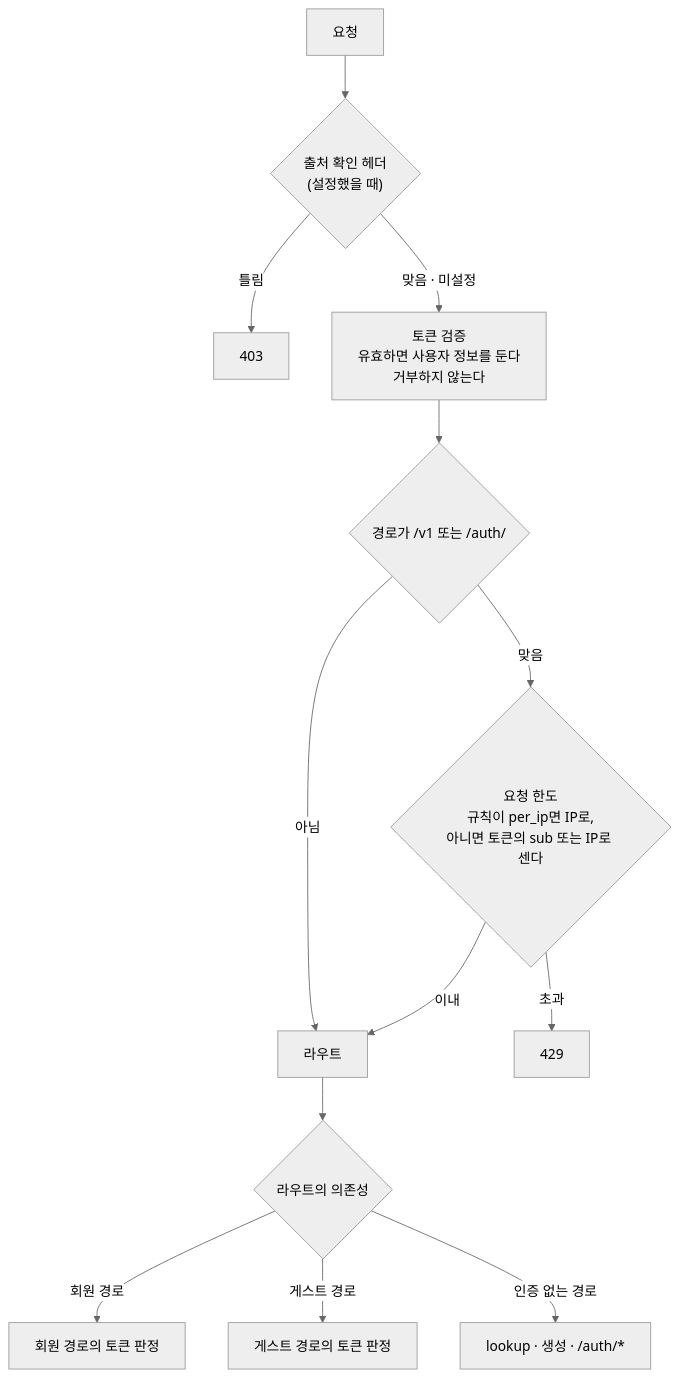
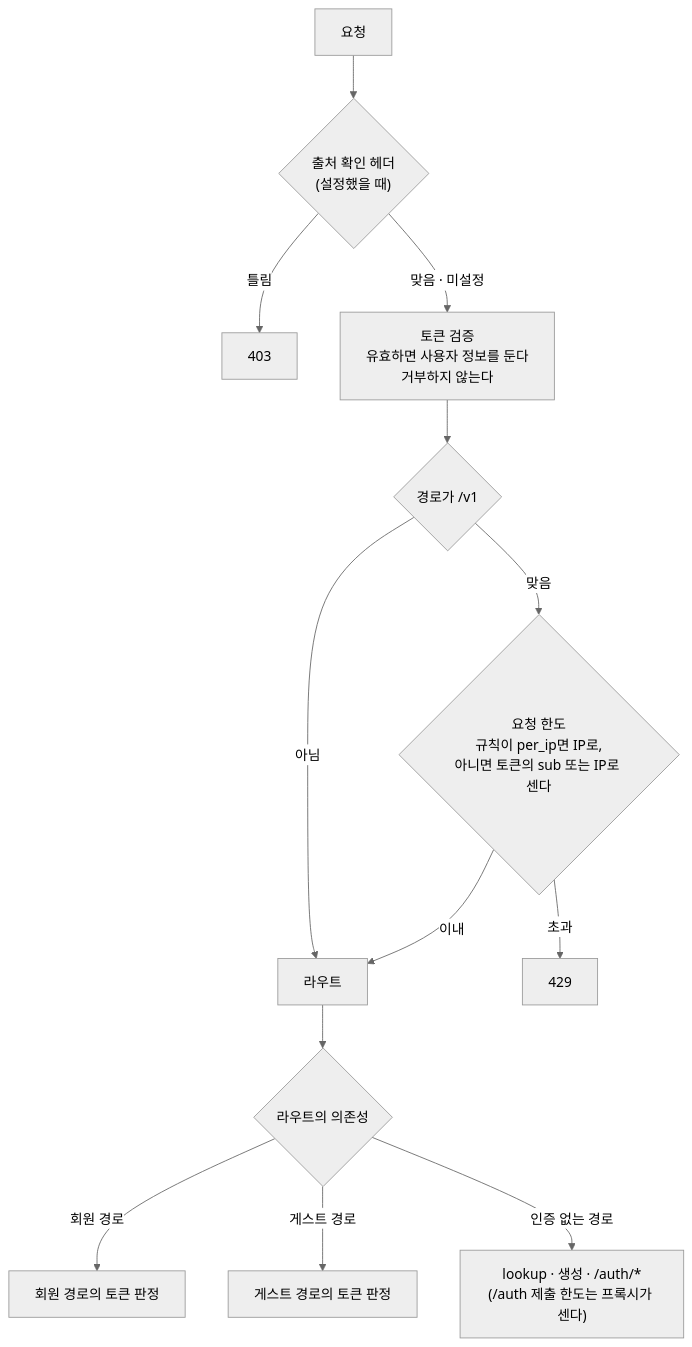
Before and after one commit to onprem-hipster-timer/backend: the sixth of 10 diagrams in docs/guides/guest.ko.md, drawn with Mermaid (neutral theme). The commit also changed other lines of this file and 6 other files, not shown here.

````diff
--- a/docs/guides/guest.ko.md
+++ b/docs/guides/guest.ko.md
@@ -305,15 +305,15 @@
 ```mermaid
 flowchart TD
     A["요청"] --> B{"출처 확인 헤더<br/>(설정했을 때)"}
     B -->|"틀림"| B403["403"]
     B -->|"맞음 · 미설정"| C["토큰 검증<br/>유효하면 사용자 정보를 둔다<br/>거부하지 않는다"]
-    C --> D{"경로가 /v1 또는 /auth/"}
+    C --> D{"경로가 /v1"}
     D -->|"아님"| R["라우트"]
     D -->|"맞음"| E{"요청 한도<br/>규칙이 per_ip면 IP로,<br/>아니면 토큰의 sub 또는 IP로 센다"}
     E -->|"초과"| E429["429"]
     E -->|"이내"| R
     R --> F{"라우트의 의존성"}
     F -->|"회원 경로"| M["회원 경로의 토큰 판정"]
     F -->|"게스트 경로"| GG["게스트 경로의 토큰 판정"]
-    F -->|"인증 없는 경로"| N["lookup · 생성 · /auth/*"]
+    F -->|"인증 없는 경로"| N["lookup · 생성 · /auth/*<br/>(/auth 제출 한도는 프록시가 센다)"]
 ```
````
